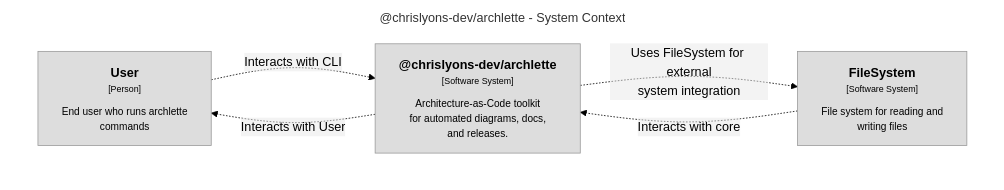
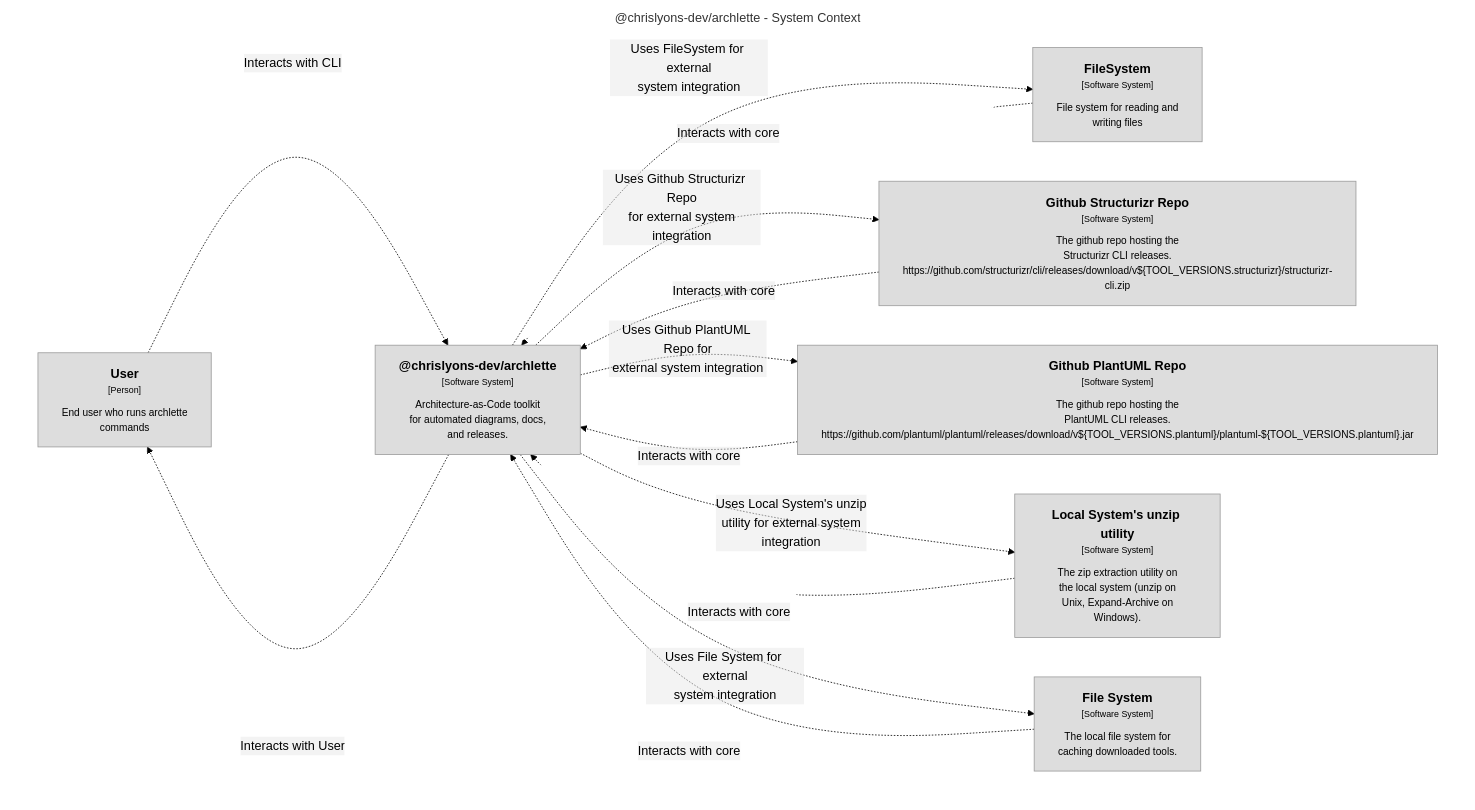
The diagram in docs/architecture/diagrams/mermaid/structurizr-SystemContext.mmd (chrislyons-dev/archlette), drawn with Mermaid (forest theme) before and after one commit. The commit also changed 32 other files, not shown here.

First line of the commit message:
chore: cleanup archlette code comments, enhance de-duplication logic

```diff
--- a/docs/architecture/diagrams/mermaid/structurizr-SystemContext.mmd
+++ b/docs/architecture/diagrams/mermaid/structurizr-SystemContext.mmd
@@ -1,18 +1,34 @@
 graph TB
   linkStyle default fill:#ffffff
 
   subgraph diagram ["@chrislyons-dev/archlette - System Context"]
     style diagram fill:#ffffff,stroke:#ffffff
 
     1["<div style='font-weight: bold'>User</div><div style='font-size: 70%; margin-top: 0px'>[Person]</div><div style='font-size: 80%; margin-top:10px'>End user who runs archlette<br />commands</div>"]
     style 1 fill:#dddddd,stroke:#9a9a9a,color:#000000
     2["<div style='font-weight: bold'>FileSystem</div><div style='font-size: 70%; margin-top: 0px'>[Software System]</div><div style='font-size: 80%; margin-top:10px'>File system for reading and<br />writing files</div>"]
     style 2 fill:#dddddd,stroke:#9a9a9a,color:#000000
-    3["<div style='font-weight: bold'>@chrislyons-dev/archlette</div><div style='font-size: 70%; margin-top: 0px'>[Software System]</div><div style='font-size: 80%; margin-top:10px'>Architecture-as-Code toolkit<br />for automated diagrams, docs,<br />and releases.</div>"]
+    3["<div style='font-weight: bold'>Github Structurizr Repo</div><div style='font-size: 70%; margin-top: 0px'>[Software System]</div><div style='font-size: 80%; margin-top:10px'>The github repo hosting the<br />Structurizr CLI releases.<br />https://github.com/structurizr/cli/releases/download/v${TOOL_VERSIONS.structurizr}/structurizr-cli.zip</div>"]
     style 3 fill:#dddddd,stroke:#9a9a9a,color:#000000
+    4["<div style='font-weight: bold'>Github PlantUML Repo</div><div style='font-size: 70%; margin-top: 0px'>[Software System]</div><div style='font-size: 80%; margin-top:10px'>The github repo hosting the<br />PlantUML CLI releases.<br />https://github.com/plantuml/plantuml/releases/download/v${TOOL_VERSIONS.plantuml}/plantuml-${TOOL_VERSIONS.plantuml}.jar</div>"]
+    style 4 fill:#dddddd,stroke:#9a9a9a,color:#000000
+    5["<div style='font-weight: bold'>Local System's unzip utility</div><div style='font-size: 70%; margin-top: 0px'>[Software System]</div><div style='font-size: 80%; margin-top:10px'>The zip extraction utility on<br />the local system (unzip on<br />Unix, Expand-Archive on<br />Windows).</div>"]
+    style 5 fill:#dddddd,stroke:#9a9a9a,color:#000000
+    6["<div style='font-weight: bold'>File System</div><div style='font-size: 70%; margin-top: 0px'>[Software System]</div><div style='font-size: 80%; margin-top:10px'>The local file system for<br />caching downloaded tools.</div>"]
+    style 6 fill:#dddddd,stroke:#9a9a9a,color:#000000
+    7["<div style='font-weight: bold'>@chrislyons-dev/archlette</div><div style='font-size: 70%; margin-top: 0px'>[Software System]</div><div style='font-size: 80%; margin-top:10px'>Architecture-as-Code toolkit<br />for automated diagrams, docs,<br />and releases.</div>"]
+    style 7 fill:#dddddd,stroke:#9a9a9a,color:#000000
 
-    3-. "<div>Uses FileSystem for external<br />system integration</div><div style='font-size: 70%'></div>" .->2
-    1-. "<div>Interacts with CLI</div><div style='font-size: 70%'></div>" .->3
-    2-. "<div>Interacts with core</div><div style='font-size: 70%'></div>" .->3
-    3-. "<div>Interacts with User</div><div style='font-size: 70%'></div>" .->1
+    2-. "<div>Interacts with core</div><div style='font-size: 70%'></div>" .->7
+    3-. "<div>Interacts with core</div><div style='font-size: 70%'></div>" .->7
+    4-. "<div>Interacts with core</div><div style='font-size: 70%'></div>" .->7
+    5-. "<div>Interacts with core</div><div style='font-size: 70%'></div>" .->7
+    6-. "<div>Interacts with core</div><div style='font-size: 70%'></div>" .->7
+    7-. "<div>Interacts with User</div><div style='font-size: 70%'></div>" .->1
+    7-. "<div>Uses FileSystem for external<br />system integration</div><div style='font-size: 70%'></div>" .->2
+    7-. "<div>Uses Github Structurizr Repo<br />for external system<br />integration</div><div style='font-size: 70%'></div>" .->3
+    7-. "<div>Uses Github PlantUML Repo for<br />external system integration</div><div style='font-size: 70%'></div>" .->4
+    7-. "<div>Uses Local System's unzip<br />utility for external system<br />integration</div><div style='font-size: 70%'></div>" .->5
+    7-. "<div>Uses File System for external<br />system integration</div><div style='font-size: 70%'></div>" .->6
+    1-. "<div>Interacts with CLI</div><div style='font-size: 70%'></div>" .->7
   end
```
